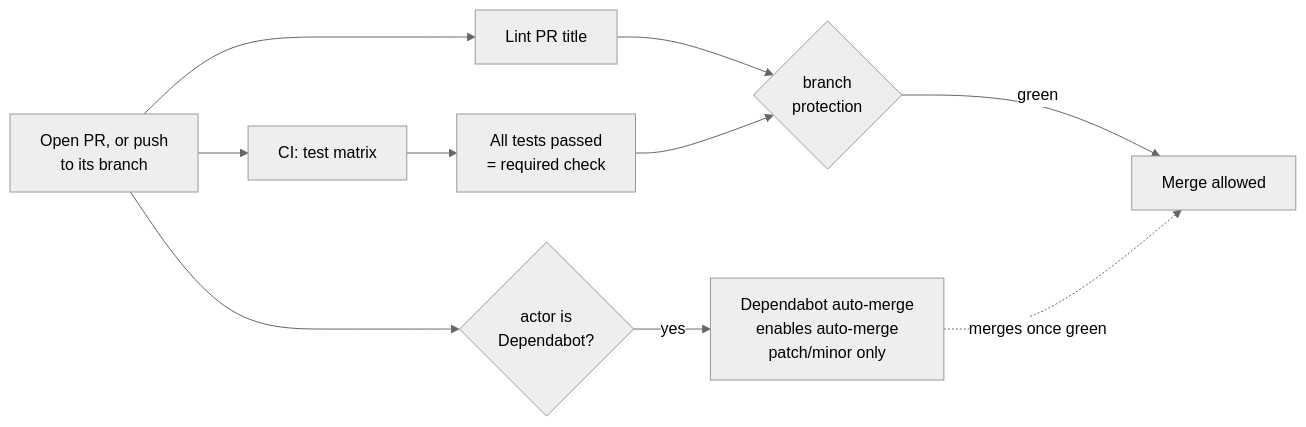
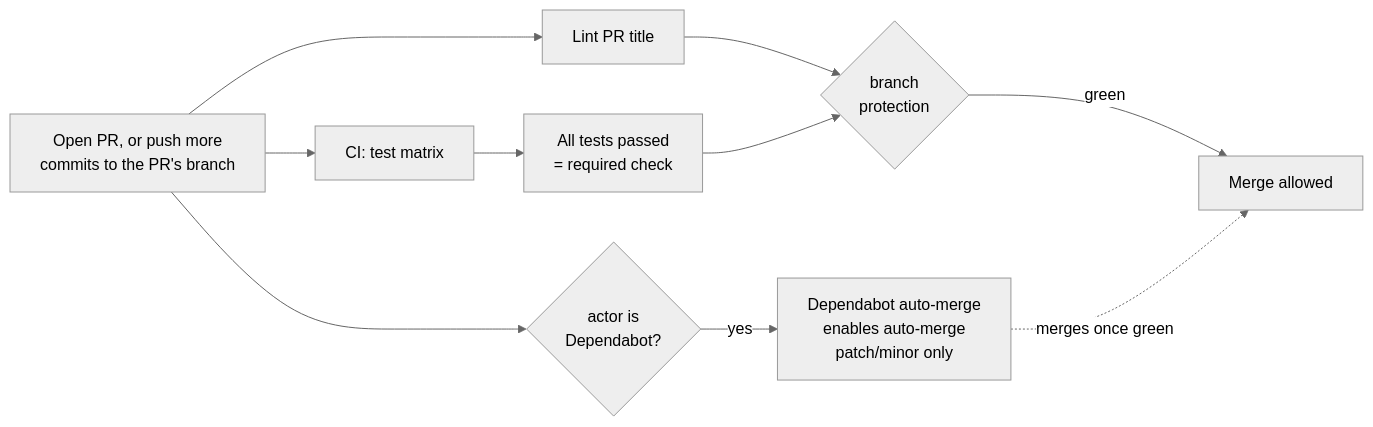
One commit to petercorke/rvc-ecosystem changed the first of 5 diagrams in CI.md. Above: the diagram before and after it, drawn with Mermaid (neutral theme). The commit also changed other lines of this file, not shown here.

Commit message:
docs(ci): explain branch / PR / merge up front

````diff
--- a/CI.md
+++ b/CI.md
@@ -71,12 +90,12 @@
 ```mermaid
 flowchart LR
-    PR[Open PR, or push<br/>to its branch] --> CI[CI: test matrix]
+    PR[Open PR, or push more<br/>commits to the PR's branch] --> CI[CI: test matrix]
     PR --> LINT[Lint PR title]
     PR --> DB{actor is<br/>Dependabot?}
     DB -- yes --> AM[Dependabot auto-merge<br/>enables auto-merge<br/>patch/minor only]
     CI --> ATP[All tests passed<br/>= required check]
     LINT --> GATE
     ATP --> GATE{branch<br/>protection}
     GATE -- green --> MERGE[Merge allowed]
     AM -. merges once green .-> MERGE
 ```
````
